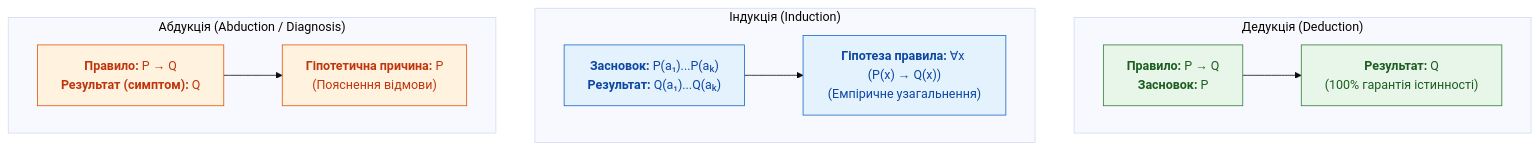
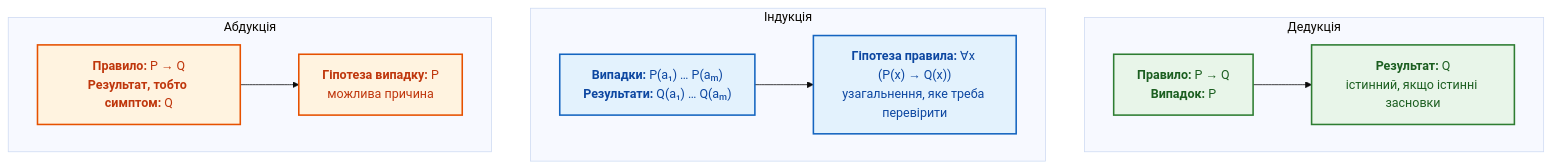
One commit to nick-fedchik/articles changed the first of 4 diagrams in ExpertSystem/ch06-applied-mathematics-for-expert-systems.md. Above: the diagram before and after it, drawn with Mermaid (base theme). The commit also changed other lines of this file, not shown here.

````diff
--- a/ExpertSystem/ch06-applied-mathematics-for-expert-systems.md
+++ b/ExpertSystem/ch06-applied-mathematics-for-expert-systems.md
@@ -166,25 +256,25 @@
 ```mermaid
 flowchart TD
-    accTitle: Тріада форм міркування за Чарльзом Пірсом
-    accDescr: Схема взаємозв'язку між дедукцією, індукцією та діагностичною абдукцією через правило, засновок та результат.
+    accTitle: Три способи міркування за Чарльзом Пірсом
+    accDescr: Дедукція з правила й випадку виводить результат, індукція з випадків і результатів виводить гіпотезу правила, абдукція з правила й результату виводить гіпотезу випадку.
 
-    subgraph Deduction["Дедукція (Deduction)"]
-        D1["<b>Правило:</b> P → Q<br/><b>Засновок:</b> P"] --> D2["<b>Результат:</b> Q<br/>(100% гарантія істинності)"]
+    subgraph Deduction["Дедукція"]
+        D1["<b>Правило:</b> P → Q<br/><b>Випадок:</b> P"] --> D2["<b>Результат:</b> Q<br/>істинний, якщо істинні засновки"]
     end
 
-    subgraph Induction["Індукція (Induction)"]
-        I1["<b>Засновок:</b> P(a₁)...P(aₖ)<br/><b>Результат:</b> Q(a₁)...Q(aₖ)"] --> I2["<b>Гіпотеза правила:</b> ∀x (P(x) → Q(x))<br/>(Емпіричне узагальнення)"]
+    subgraph Induction["Індукція"]
+        I1["<b>Випадки:</b> P(a₁) … P(aₘ)<br/><b>Результати:</b> Q(a₁) … Q(aₘ)"] --> I2["<b>Гіпотеза правила:</b> ∀x (P(x) → Q(x))<br/>узагальнення, яке треба перевірити"]
     end
 
-    subgraph Abduction["Абдукція (Abduction / Diagnosis)"]
-        A1["<b>Правило:</b> P → Q<br/><b>Результат (симптом):</b> Q"] --> A2["<b>Гіпотетична причина:</b> P<br/>(Пояснення відмови)"]
+    subgraph Abduction["Абдукція"]
+        A1["<b>Правило:</b> P → Q<br/><b>Результат, тобто симптом:</b> Q"] --> A2["<b>Гіпотеза випадку:</b> P<br/>можлива причина"]
     end
 
-    classDef ded fill:#e8f5e9,stroke:#2e7d32,color:#1b5e20;
-    classDef ind fill:#e3f2fd,stroke:#1565c0,color:#0d47a1;
-    classDef abd fill:#fff3e0,stroke:#e65100,color:#bf360c;
+    classDef ded fill:#e8f5e9,stroke:#2e7d32,stroke-width:2px,color:#1b5e20;
+    classDef ind fill:#e3f2fd,stroke:#1565c0,stroke-width:2px,color:#0d47a1;
+    classDef abd fill:#fff3e0,stroke:#e65100,stroke-width:2px,color:#bf360c;
 
     class D1,D2 ded;
     class I1,I2 ind;
     class A1,A2 abd;
 ```
````
